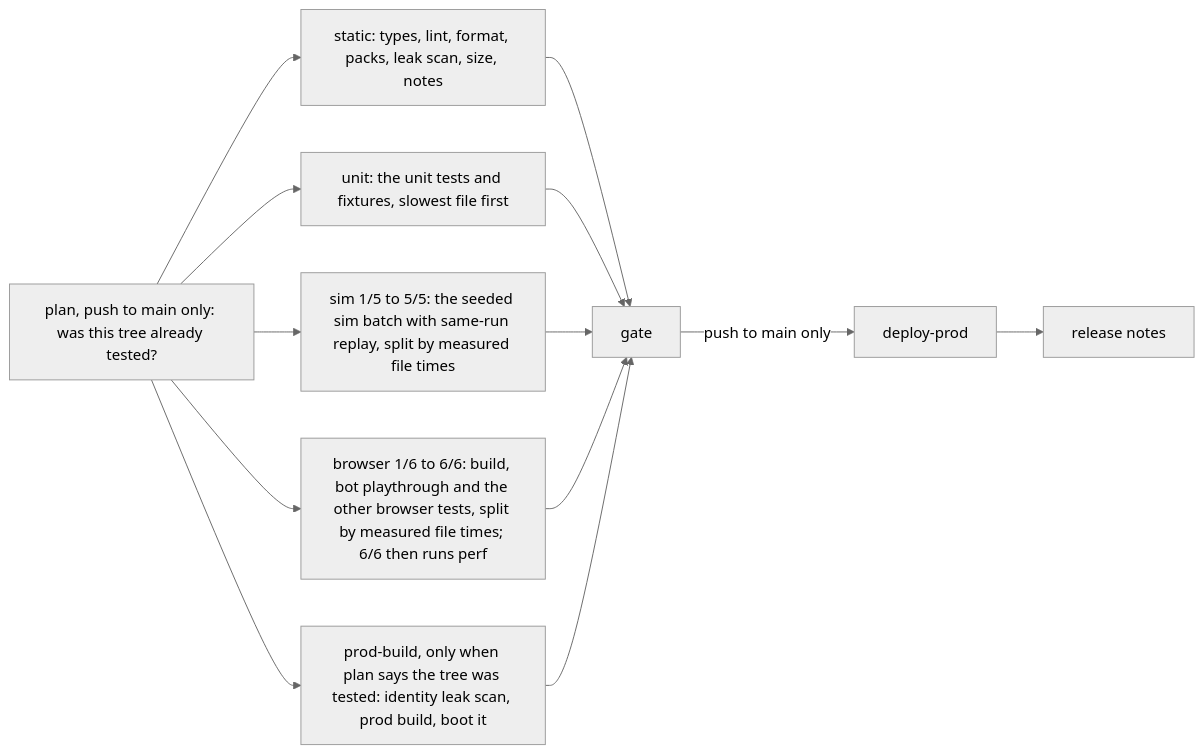
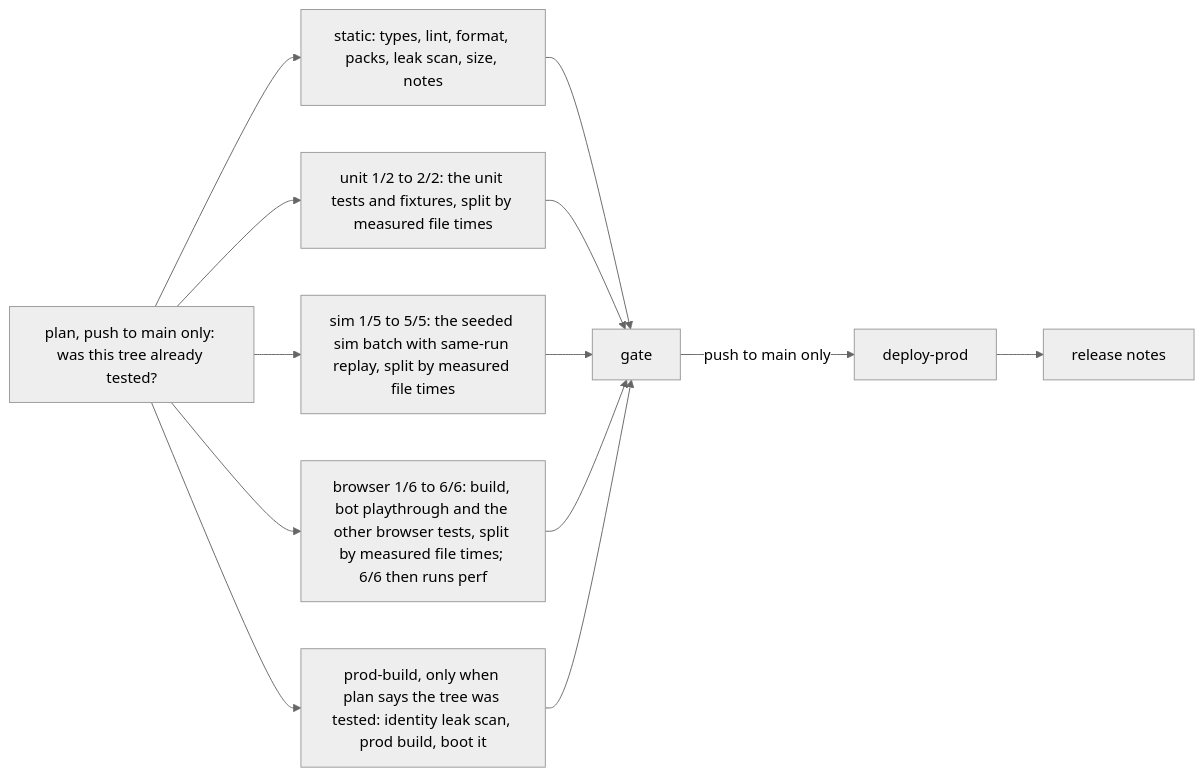
The diagram in docs/engineering.md (joshuasundance-swca/throttlebrawl), drawn with Mermaid (neutral theme) before and after one commit. The commit also changed other lines of this file and 7 other files, not shown here.

First line of the commit message:
ci: the unit tests in two slices; timings refreshed from the new layout's first run

````diff
--- a/docs/engineering.md
+++ b/docs/engineering.md
@@ -271,11 +271,11 @@
 ```mermaid
 flowchart LR
   A[static: types, lint, format, packs, leak scan, size, notes] --> G[gate]
-  U[unit: the unit tests and fixtures, slowest file first] --> G
+  U[unit 1/2 to 2/2: the unit tests and fixtures, split by measured file times] --> G
   P[plan, push to main only: was this tree already tested?] --> A & U & S & C & B
   S[sim 1/5 to 5/5: the seeded sim batch with same-run replay, split by measured file times] --> G
   C[browser 1/6 to 6/6: build, bot playthrough and the other browser tests, split by measured file times; 6/6 then runs perf] --> G
   B[prod-build, only when plan says the tree was tested: identity leak scan, prod build, boot it] --> G
   G -->|push to main only| D[deploy-prod]
   D --> R[release notes]
 ```
````
